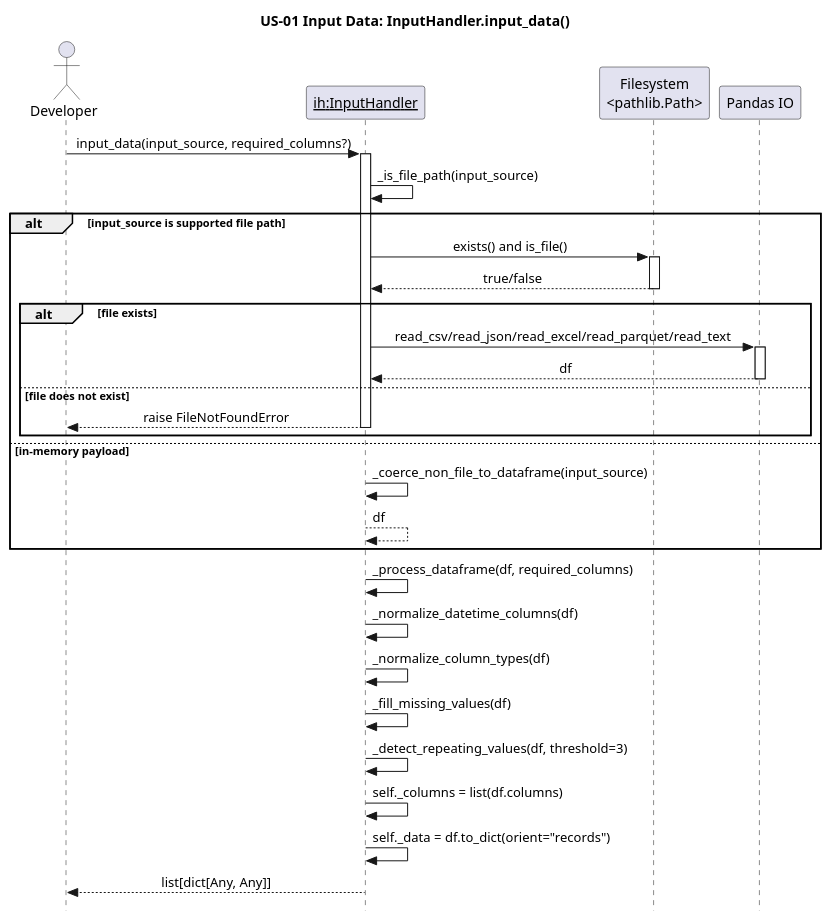
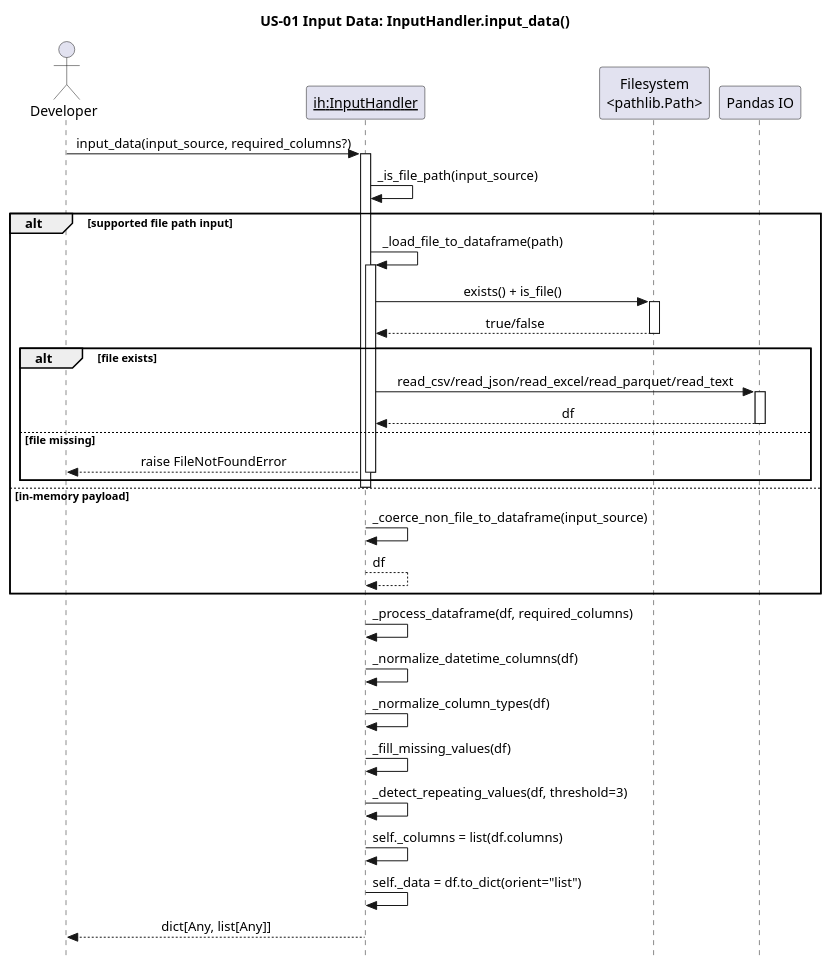
Before and after one commit to egrembocki/htmrl: the diagram in docs/puml/US/us-01.puml, drawn with PlantUML. The commit also changed 5 other files, not shown here.

Commit message:
Update US sequence diagrams for current InputHandler flow

```diff
--- a/docs/puml/US/us-01.puml
+++ b/docs/puml/US/us-01.puml
@@ -1,45 +1,48 @@
 @startuml
 skinparam style strictuml
 skinparam sequenceMessageAlign center
 skinparam responseMessageBelowArrow true
 title US-01 Input Data: InputHandler.input_data()
 
 actor Developer
 participant "<u>ih:InputHandler</u>" as IH
 participant "Filesystem\n<pathlib.Path>" as FS
 participant "Pandas IO" as PD
 
 Developer -> IH: input_data(input_source, required_columns?)
 activate IH
 IH -> IH: _is_file_path(input_source)
 
-alt input_source is supported file path
-  IH -> FS: exists() and is_file()
+alt supported file path input
+  IH -> IH: _load_file_to_dataframe(path)
+  activate IH
+  IH -> FS: exists() + is_file()
   activate FS
   FS --> IH: true/false
   deactivate FS
 
   alt file exists
     IH -> PD: read_csv/read_json/read_excel/read_parquet/read_text
     activate PD
     PD --> IH: df
     deactivate PD
-  else file does not exist
+  else file missing
     IH --> Developer: raise FileNotFoundError
     deactivate IH
   end
+  deactivate IH
 else in-memory payload
   IH -> IH: _coerce_non_file_to_dataframe(input_source)
   IH --> IH: df
 end
 
 IH -> IH: _process_dataframe(df, required_columns)
 IH -> IH: _normalize_datetime_columns(df)
 IH -> IH: _normalize_column_types(df)
 IH -> IH: _fill_missing_values(df)
 IH -> IH: _detect_repeating_values(df, threshold=3)
 IH -> IH: self._columns = list(df.columns)
-IH -> IH: self._data = df.to_dict(orient="records")
-IH --> Developer: list[dict[Any, Any]]
+IH -> IH: self._data = df.to_dict(orient="list")
+IH --> Developer: dict[Any, list[Any]]
 deactivate IH
 @enduml
```
